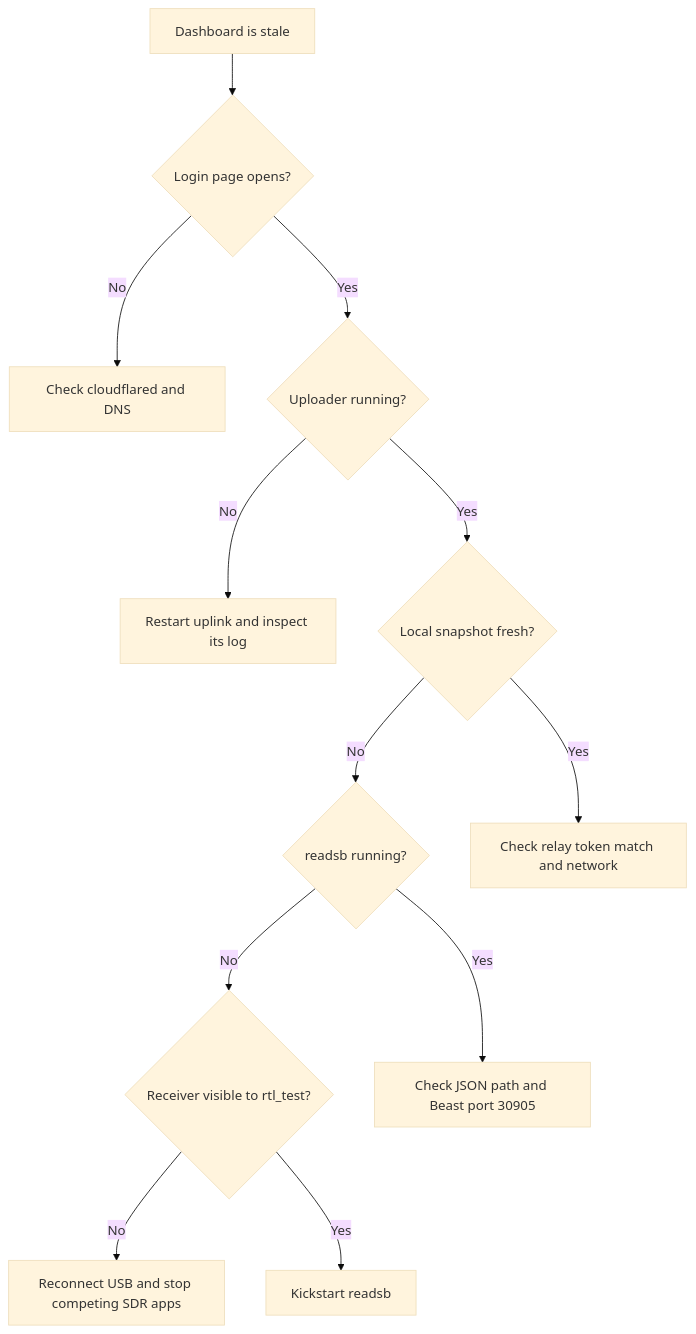
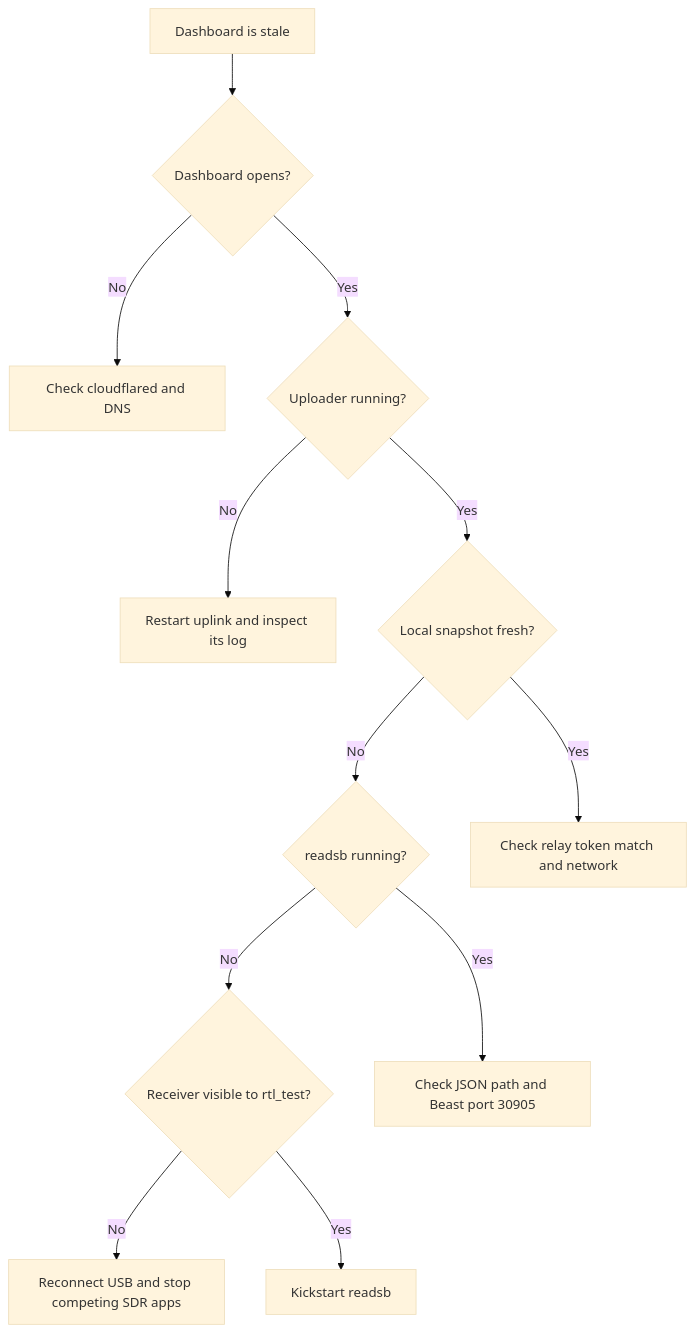
Before and after one commit to ramideltoro/antenna_observatory: the diagram in wiki-site/docs/troubleshooting.md, drawn with Mermaid (base theme). The commit also changed other lines of this file and 44 other files, not shown here.

````diff
--- a/wiki-site/docs/troubleshooting.md
+++ b/wiki-site/docs/troubleshooting.md
@@ -5,14 +5,14 @@
 ```mermaid
 flowchart TD
-    Start[Dashboard is stale] --> Public{Login page opens?}
+    Start[Dashboard is stale] --> Public{Dashboard opens?}
     Public -->|No| Tunnel[Check cloudflared and DNS]
     Public -->|Yes| Uplink{Uploader running?}
     Uplink -->|No| UL[Restart uplink and inspect its log]
     Uplink -->|Yes| Local{Local snapshot fresh?}
     Local -->|No| Readsb{readsb running?}
     Local -->|Yes| Token[Check relay token match and network]
     Readsb -->|No| USB{Receiver visible to rtl_test?}
     Readsb -->|Yes| JSON[Check JSON path and Beast port 30905]
     USB -->|No| Cable[Reconnect USB and stop competing SDR apps]
     USB -->|Yes| Restart[Kickstart readsb]
 ```
````
